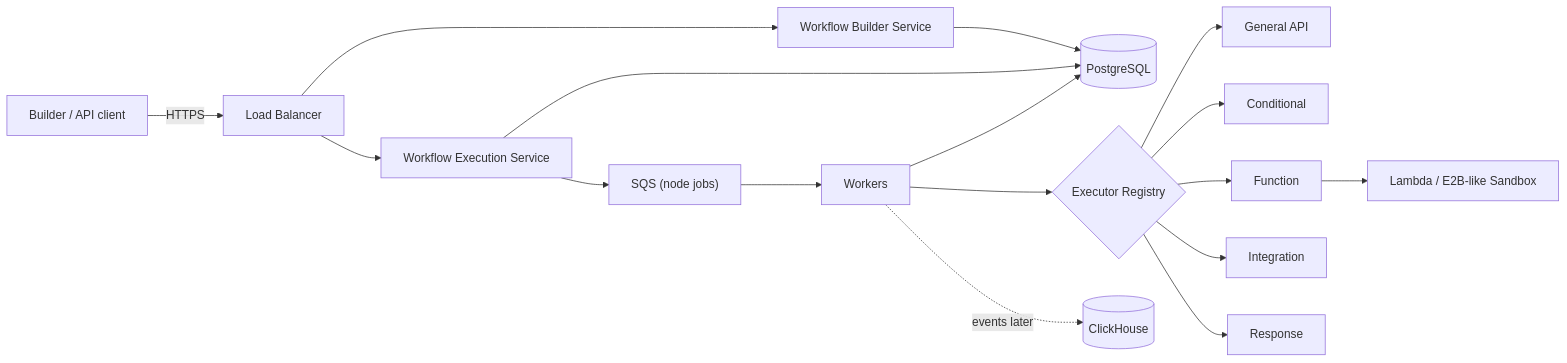
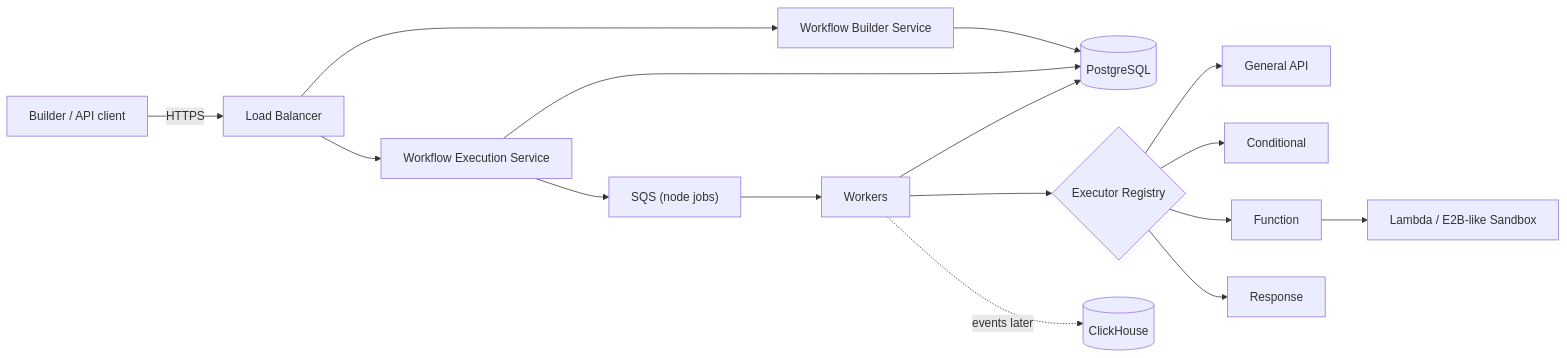
Before and after one commit to Nabhag8848/orchex: the second of 22 diagrams in docs/README.md, drawn with Mermaid. The commit also changed other lines of this file and 11 other files, not shown here.

````diff
--- a/docs/README.md
+++ b/docs/README.md
@@ -242,23 +241,22 @@
 ```mermaid
 flowchart LR
     Client["Builder / API client"] -->|HTTPS| LB["Load Balancer"]
 
     LB --> Builder["Workflow Builder Service"]
     LB --> Execution["Workflow Execution Service"]
 
     Builder --> Postgres[("PostgreSQL")]
     Execution --> Postgres
     Execution --> Queue["SQS (node jobs)"]
     Queue --> Workers["Workers"]
     Workers --> Postgres
     Workers --> Registry{"Executor Registry"}
 
     Registry --> API["General API"]
     Registry --> Conditional["Conditional"]
     Registry --> Function["Function"]
-    Registry --> Integration["Integration"]
     Registry --> Response["Response"]
 
     Function --> Sandbox["Lambda / E2B-like Sandbox"]
     Workers -.->|events later| ClickHouse[("ClickHouse")]
 ```
````
